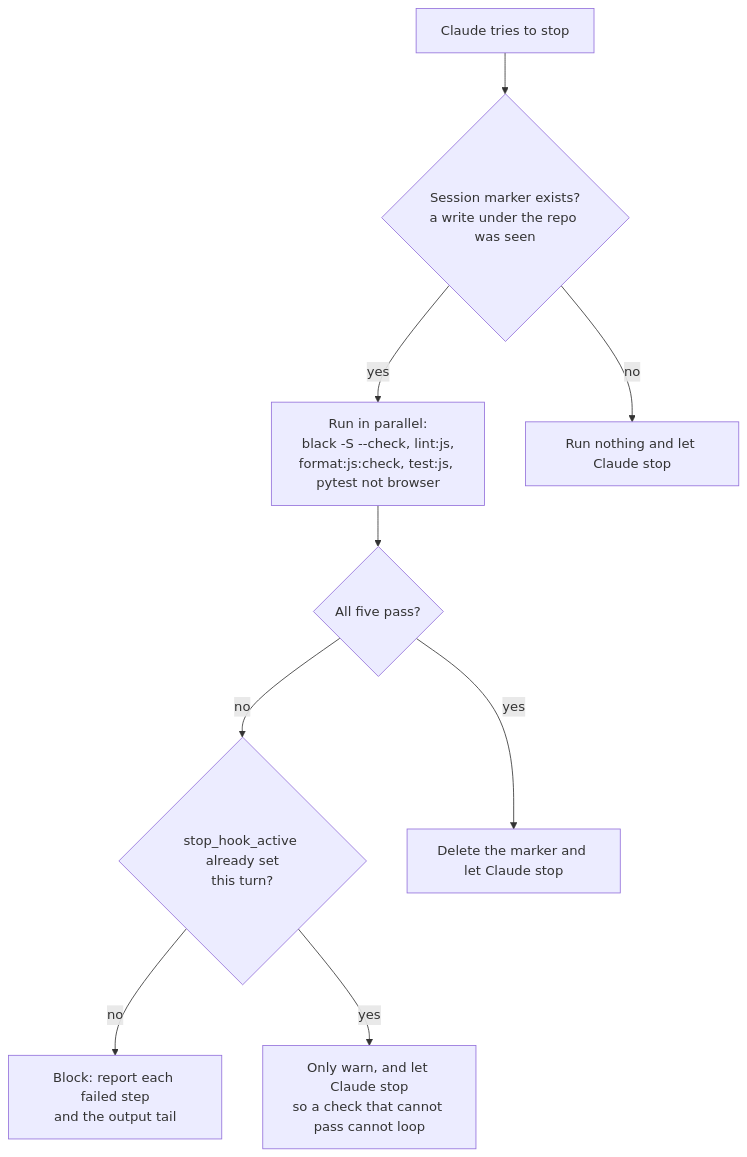
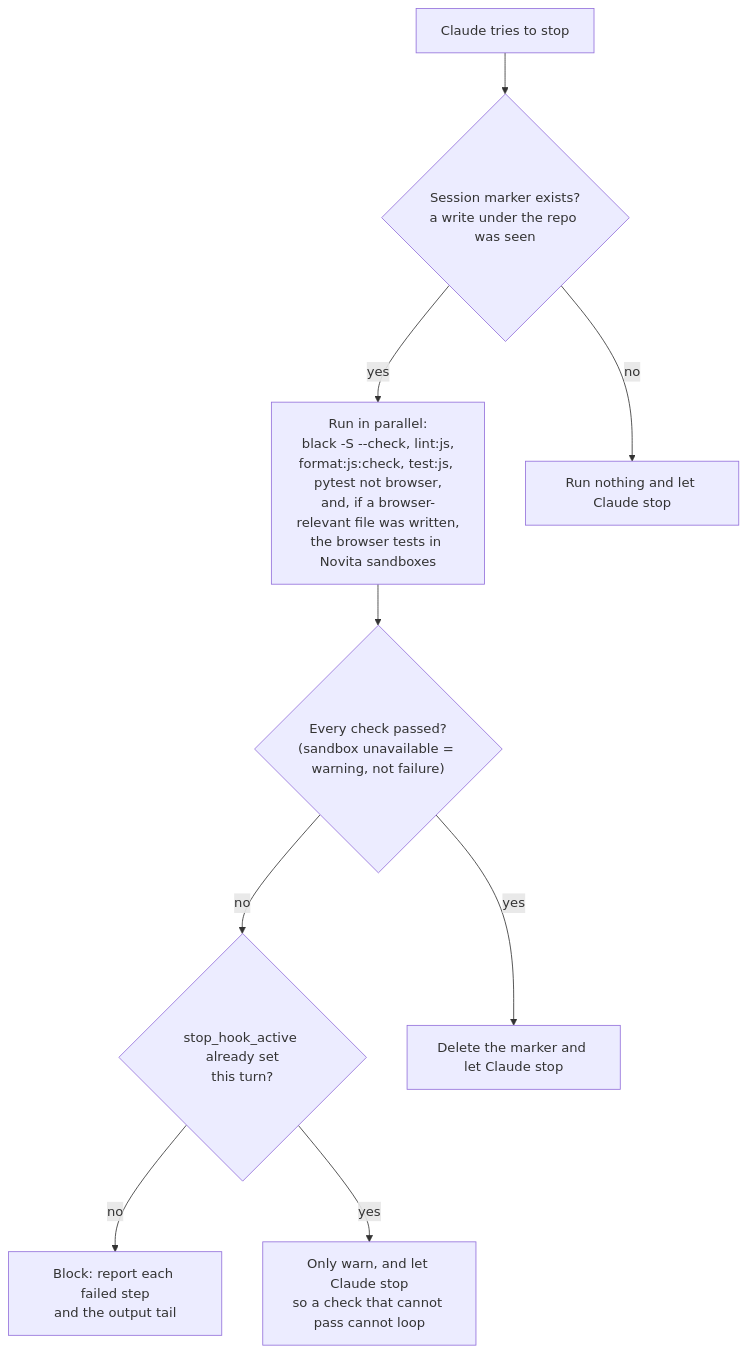
Before and after one commit to StarsExpress/LinesShines: the seventh of 7 diagrams in playbook/architecture/DIAGRAMS.md, drawn with Mermaid. The commit also changed 33 other files, not shown here.

````diff
--- a/playbook/architecture/DIAGRAMS.md
+++ b/playbook/architecture/DIAGRAMS.md
@@ -138,20 +138,20 @@
 ```mermaid
 flowchart TD
     stop["Claude tries to stop"]
     marker{"Session marker exists?<br/>a write under the repo was seen"}
-    run["Run in parallel:<br/>black -S --check, lint:js,<br/>format:js:check, test:js, pytest not browser"]
-    ok{"All five pass?"}
+    run["Run in parallel:<br/>black -S --check, lint:js,<br/>format:js:check, test:js, pytest not browser,<br/>and, if a browser-relevant file was written,<br/>the browser tests in Novita sandboxes"]
+    ok{"Every check passed?<br/>(sandbox unavailable = warning, not failure)"}
     again{"stop_hook_active already set<br/>this turn?"}
     done["Delete the marker and let Claude stop"]
     block["Block: report each failed step<br/>and the output tail"]
     warn["Only warn, and let Claude stop<br/>so a check that cannot pass cannot loop"]
     skip["Run nothing and let Claude stop"]
 
     stop --> marker
     marker -- no --> skip
     marker -- yes --> run --> ok
     ok -- yes --> done
     ok -- no --> again
     again -- no --> block
     again -- yes --> warn
 ```
````
